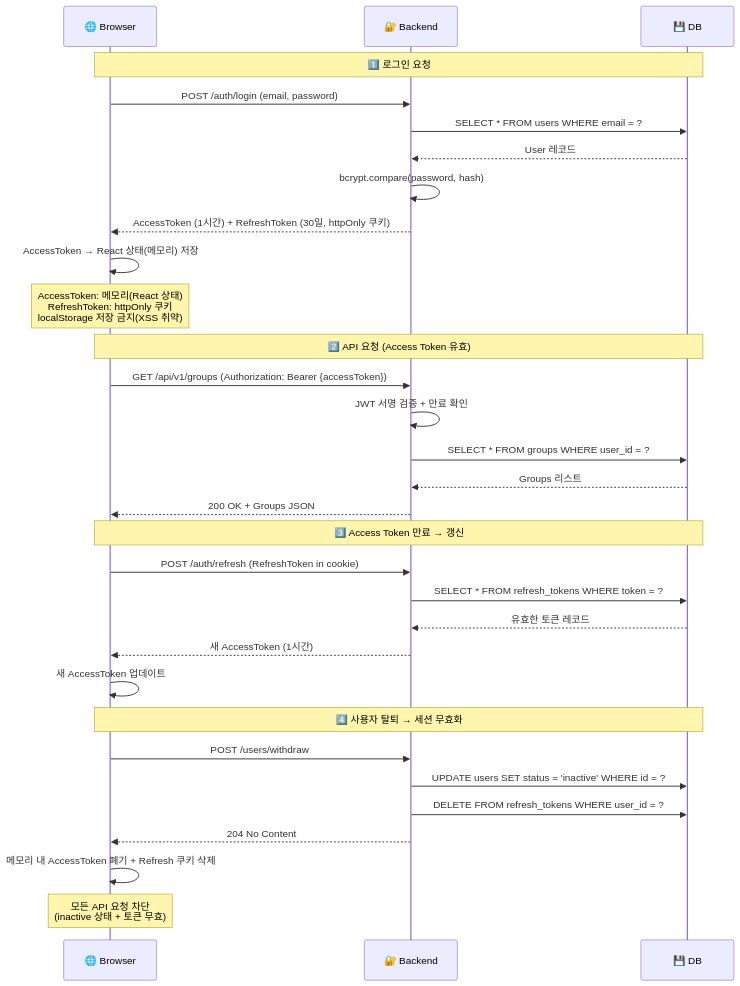
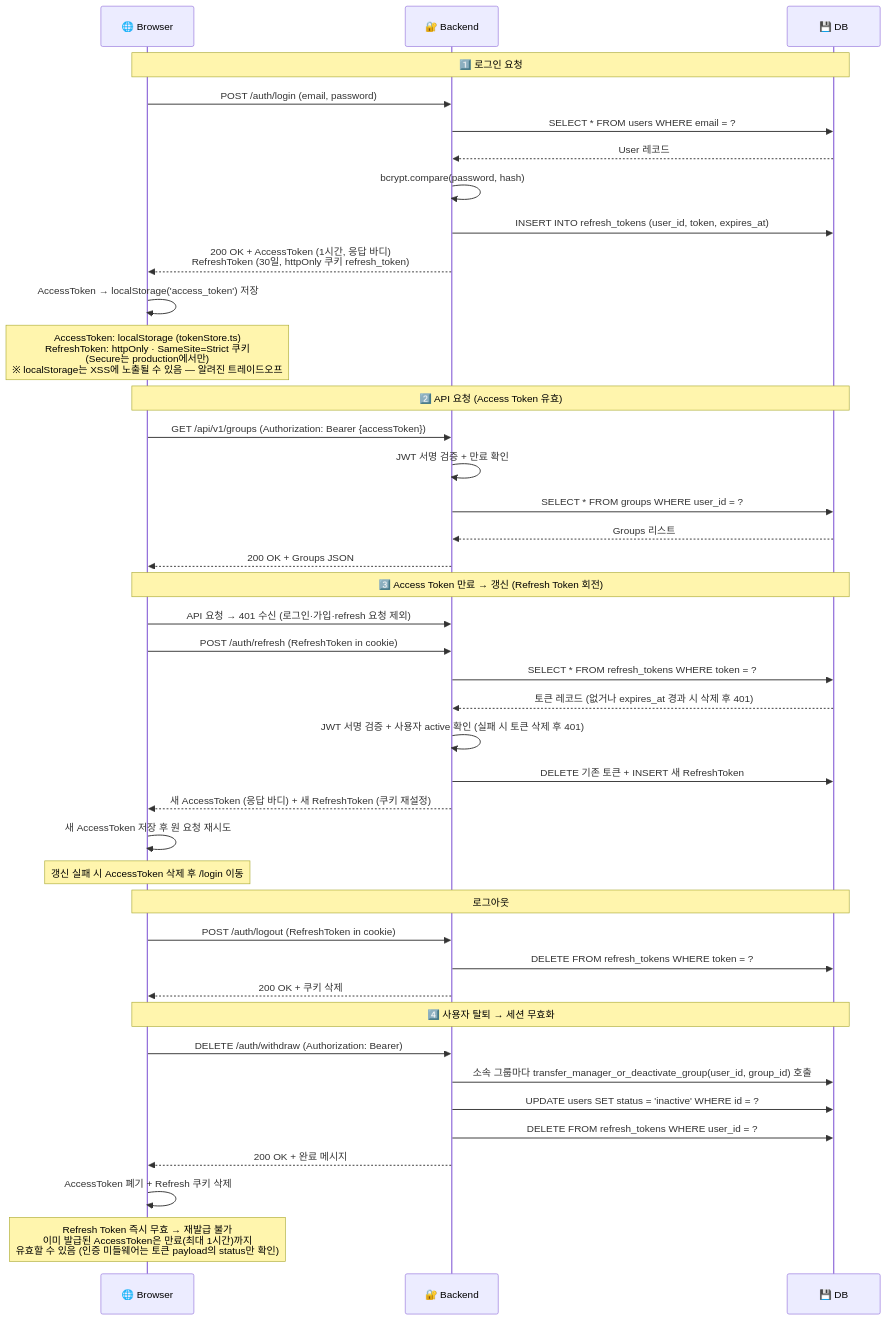
The third of 5 diagrams in docs/5-arch-diagram.md (stepanowon/budget-book), drawn with Mermaid before and after one commit. The commit also changed other lines of this file and 12 other files, not shown here.

Commit message:
docs: 코드베이스 기준으로 문서 동기화 (인증 흐름, ERD, API 명세, 구조, 스타일 가이드 등)

````diff
--- a/docs/5-arch-diagram.md
+++ b/docs/5-arch-diagram.md
@@ -162,37 +172,48 @@
 ```mermaid
 sequenceDiagram
     participant Browser as 🌐 Browser
     participant Backend as 🔐 Backend
     participant DB as 💾 DB
 
     Note over Browser,DB: 1️⃣ 로그인 요청
     Browser->>Backend: POST /auth/login (email, password)
     Backend->>DB: SELECT * FROM users WHERE email = ?
     DB-->>Backend: User 레코드
     Backend->>Backend: bcrypt.compare(password, hash)
-    Backend-->>Browser: AccessToken (1시간) + RefreshToken (30일, httpOnly 쿠키)
-    Browser->>Browser: AccessToken → React 상태(메모리) 저장
-    Note over Browser: AccessToken: 메모리(React 상태)<br/>RefreshToken: httpOnly 쿠키<br/>localStorage 저장 금지(XSS 취약)
+    Backend->>DB: INSERT INTO refresh_tokens (user_id, token, expires_at)
+    Backend-->>Browser: 200 OK + AccessToken (1시간, 응답 바디)<br/>RefreshToken (30일, httpOnly 쿠키 refresh_token)
+    Browser->>Browser: AccessToken → localStorage('access_token') 저장
+    Note over Browser: AccessToken: localStorage (tokenStore.ts)<br/>RefreshToken: httpOnly · SameSite=Strict 쿠키<br/>(Secure는 production에서만)<br/>※ localStorage는 XSS에 노출될 수 있음 — 알려진 트레이드오프
 
     Note over Browser,DB: 2️⃣ API 요청 (Access Token 유효)
     Browser->>Backend: GET /api/v1/groups (Authorization: Bearer {accessToken})
     Backend->>Backend: JWT 서명 검증 + 만료 확인
     Backend->>DB: SELECT * FROM groups WHERE user_id = ?
     DB-->>Backend: Groups 리스트
     Backend-->>Browser: 200 OK + Groups JSON
 
-    Note over Browser,DB: 3️⃣ Access Token 만료 → 갱신
+    Note over Browser,DB: 3️⃣ Access Token 만료 → 갱신 (Refresh Token 회전)
+    Browser->>Backend: API 요청 → 401 수신 (로그인·가입·refresh 요청 제외)
     Browser->>Backend: POST /auth/refresh (RefreshToken in cookie)
     Backend->>DB: SELECT * FROM refresh_tokens WHERE token = ?
-    DB-->>Backend: 유효한 토큰 레코드
-    Backend-->>Browser: 새 AccessToken (1시간)
-    Browser->>Browser: 새 AccessToken 업데이트
+    DB-->>Backend: 토큰 레코드 (없거나 expires_at 경과 시 삭제 후 401)
+    Backend->>Backend: JWT 서명 검증 + 사용자 active 확인 (실패 시 토큰 삭제 후 401)
+    Backend->>DB: DELETE 기존 토큰 + INSERT 새 RefreshToken
+    Backend-->>Browser: 새 AccessToken (응답 바디) + 새 RefreshToken (쿠키 재설정)
+    Browser->>Browser: 새 AccessToken 저장 후 원 요청 재시도
+    Note over Browser: 갱신 실패 시 AccessToken 삭제 후 /login 이동
+
+    Note over Browser,DB: 로그아웃
+    Browser->>Backend: POST /auth/logout (RefreshToken in cookie)
+    Backend->>DB: DELETE FROM refresh_tokens WHERE token = ?
+    Backend-->>Browser: 200 OK + 쿠키 삭제
 
     Note over Browser,DB: 4️⃣ 사용자 탈퇴 → 세션 무효화
-    Browser->>Backend: POST /users/withdraw
+    Browser->>Backend: DELETE /auth/withdraw (Authorization: Bearer)
+    Backend->>DB: 소속 그룹마다 transfer_manager_or_deactivate_group(user_id, group_id) 호출
     Backend->>DB: UPDATE users SET status = 'inactive' WHERE id = ?
     Backend->>DB: DELETE FROM refresh_tokens WHERE user_id = ?
-    Backend-->>Browser: 204 No Content
-    Browser->>Browser: 메모리 내 AccessToken 폐기 + Refresh 쿠키 삭제
-    Note over Browser: 모든 API 요청 차단<br/>(inactive 상태 + 토큰 무효)
+    Backend-->>Browser: 200 OK + 완료 메시지
+    Browser->>Browser: AccessToken 폐기 + Refresh 쿠키 삭제
+    Note over Browser: Refresh Token 즉시 무효 → 재발급 불가<br/>이미 발급된 AccessToken은 만료(최대 1시간)까지<br/>유효할 수 있음 (인증 미들웨어는 토큰 payload의 status만 확인)
 ```
````
